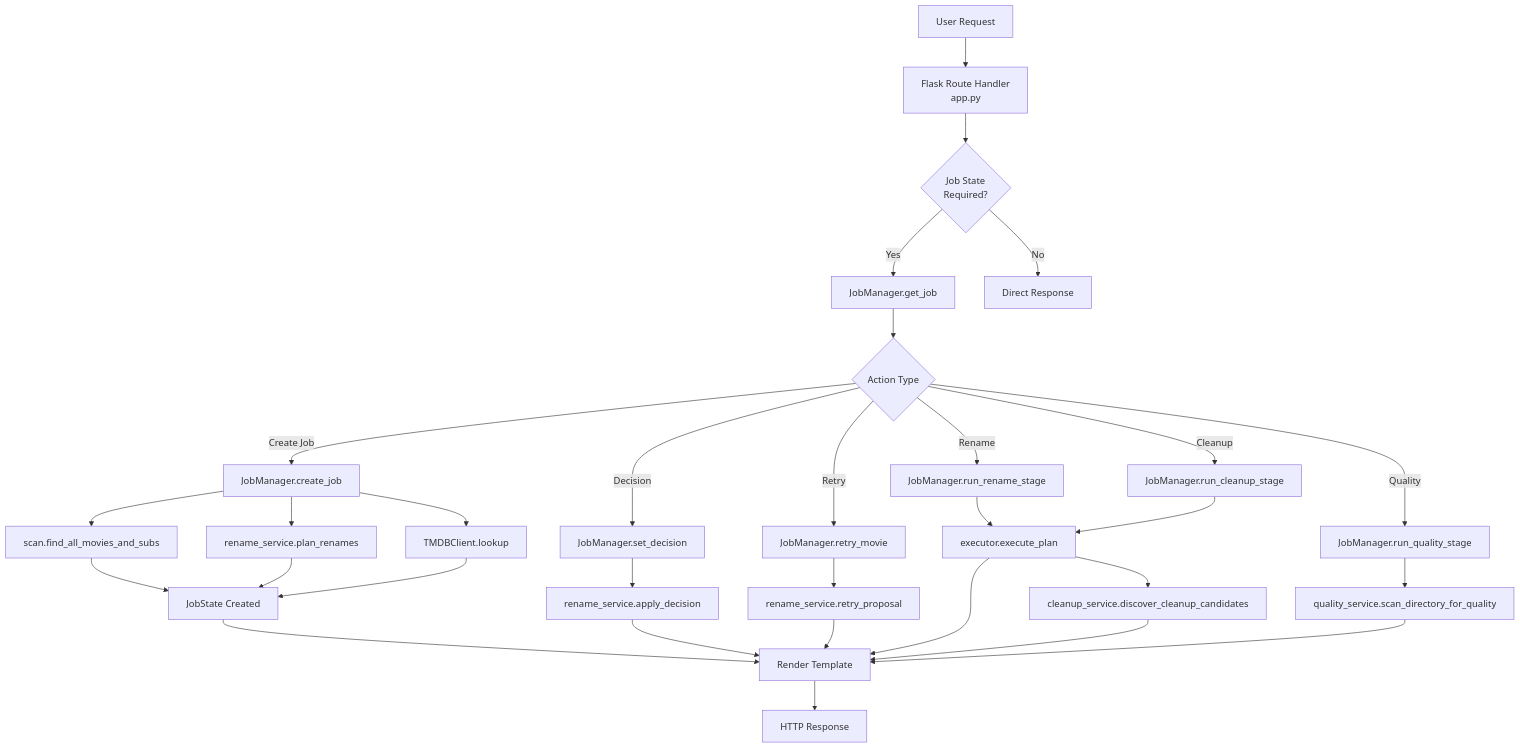
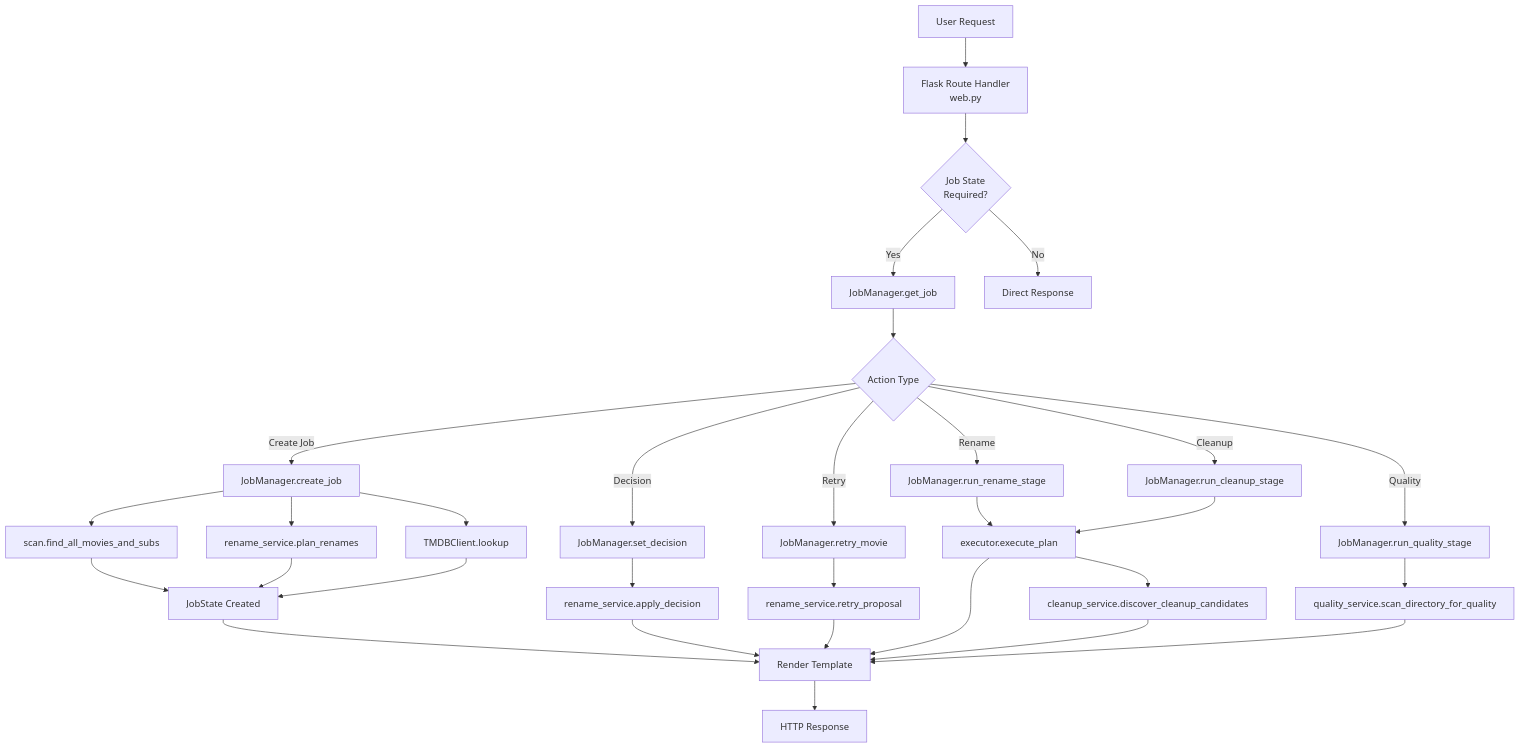
Before and after one commit to hutchybop/ReelClean: the first of 2 diagrams in docs/ARCHITECTURE_REFERENCE.md, drawn with Mermaid. The commit also changed other lines of this file and 10 other files, not shown here.

````diff
--- a/docs/ARCHITECTURE_REFERENCE.md
+++ b/docs/ARCHITECTURE_REFERENCE.md
@@ -34,37 +34,37 @@
 ```mermaid
 flowchart TD
-    A[User Request] --> B[Flask Route Handler<br/>app.py]
+    A[User Request] --> B[Flask Route Handler<br/>web.py]
     B --> C{Job State<br/>Required?}
     C -->|Yes| D[JobManager.get_job]
     C -->|No| E[Direct Response]
     D --> F{Action Type}
     
     F -->|Create Job| G[JobManager.create_job]
     F -->|Decision| H[JobManager.set_decision]
     F -->|Retry| I[JobManager.retry_movie]
     F -->|Rename| J[JobManager.run_rename_stage]
     F -->|Cleanup| K[JobManager.run_cleanup_stage]
     F -->|Quality| L[JobManager.run_quality_stage]
     
     G --> M[scan.find_all_movies_and_subs]
     G --> N[rename_service.plan_renames]
     G --> O[TMDBClient.lookup]
     M --> P[JobState Created]
     N --> P
     O --> P
     
     H --> Q[rename_service.apply_decision]
     I --> R[rename_service.retry_proposal]
     J --> S[executor.execute_plan]
     K --> S
     S --> T[cleanup_service.discover_cleanup_candidates]
     L --> U[quality_service.scan_directory_for_quality]
     
     P --> V[Render Template]
     Q --> V
     R --> V
     S --> V
     T --> V
     U --> V
     V --> W[HTTP Response]
 ```
````
